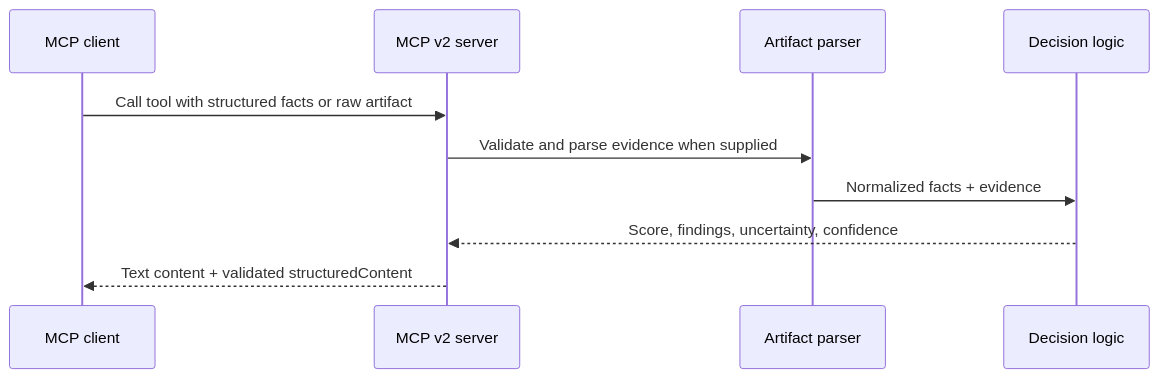
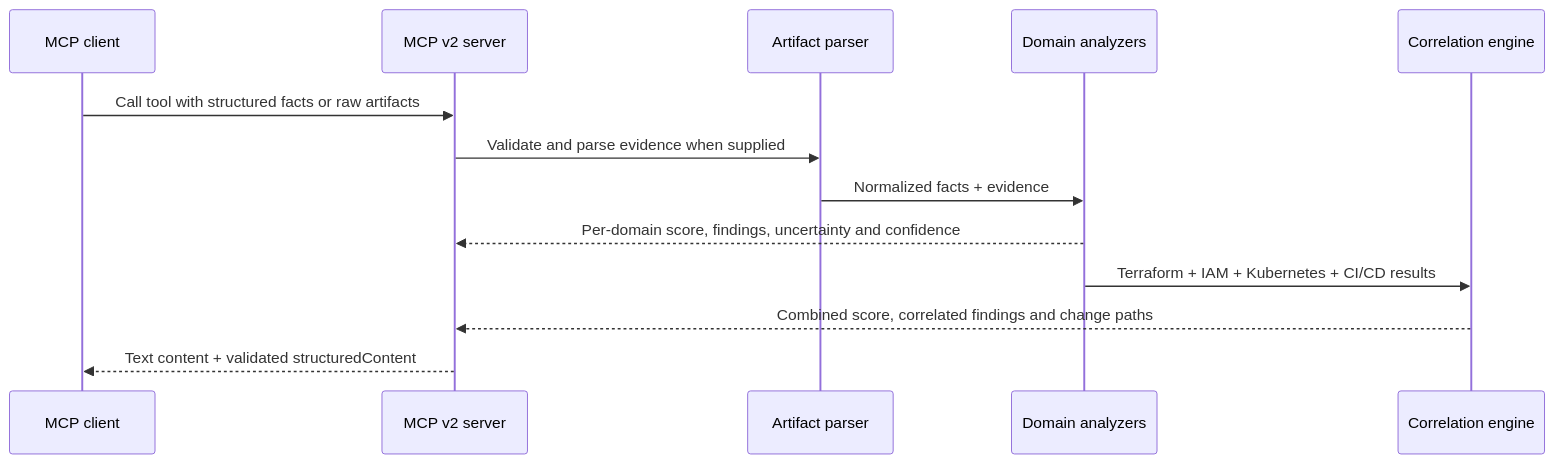
One commit to alexcgodwin/cloud-devops-mcp-server changed the diagram in docs/architecture.md. Above: the diagram before and after it, drawn with Mermaid. The commit also changed other lines of this file and 14 other files, not shown here.

Commit message:
Add cross-domain cloud change correlation (#4)

````diff
--- a/docs/architecture.md
+++ b/docs/architecture.md
@@ -7,13 +7,16 @@
 ```mermaid
 sequenceDiagram
   participant Client as MCP client
   participant Server as MCP v2 server
   participant Parser as Artifact parser
-  participant Logic as Decision logic
+  participant Domain as Domain analyzers
+  participant Correlator as Correlation engine
 
-  Client->>Server: Call tool with structured facts or raw artifact
+  Client->>Server: Call tool with structured facts or raw artifacts
   Server->>Parser: Validate and parse evidence when supplied
-  Parser->>Logic: Normalized facts + evidence
-  Logic-->>Server: Score, findings, uncertainty, confidence
+  Parser->>Domain: Normalized facts + evidence
+  Domain-->>Server: Per-domain score, findings, uncertainty and confidence
+  Domain->>Correlator: Terraform + IAM + Kubernetes + CI/CD results
+  Correlator-->>Server: Combined score, correlated findings and change paths
   Server-->>Client: Text content + validated structuredContent
 ```
````
